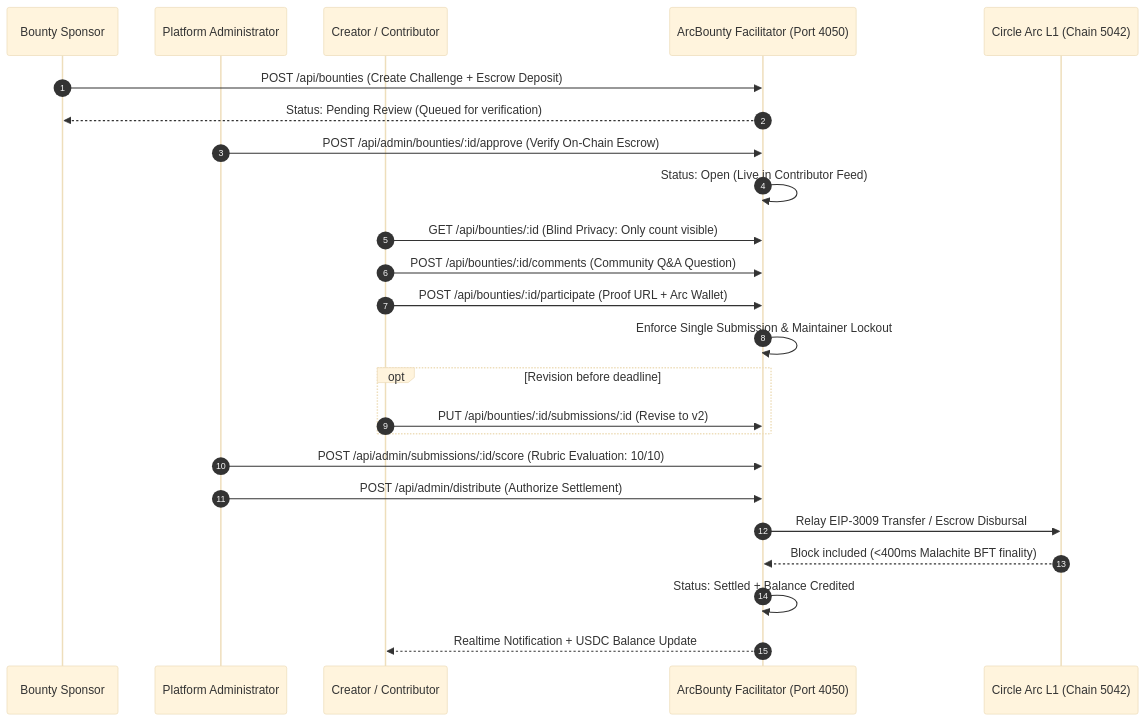
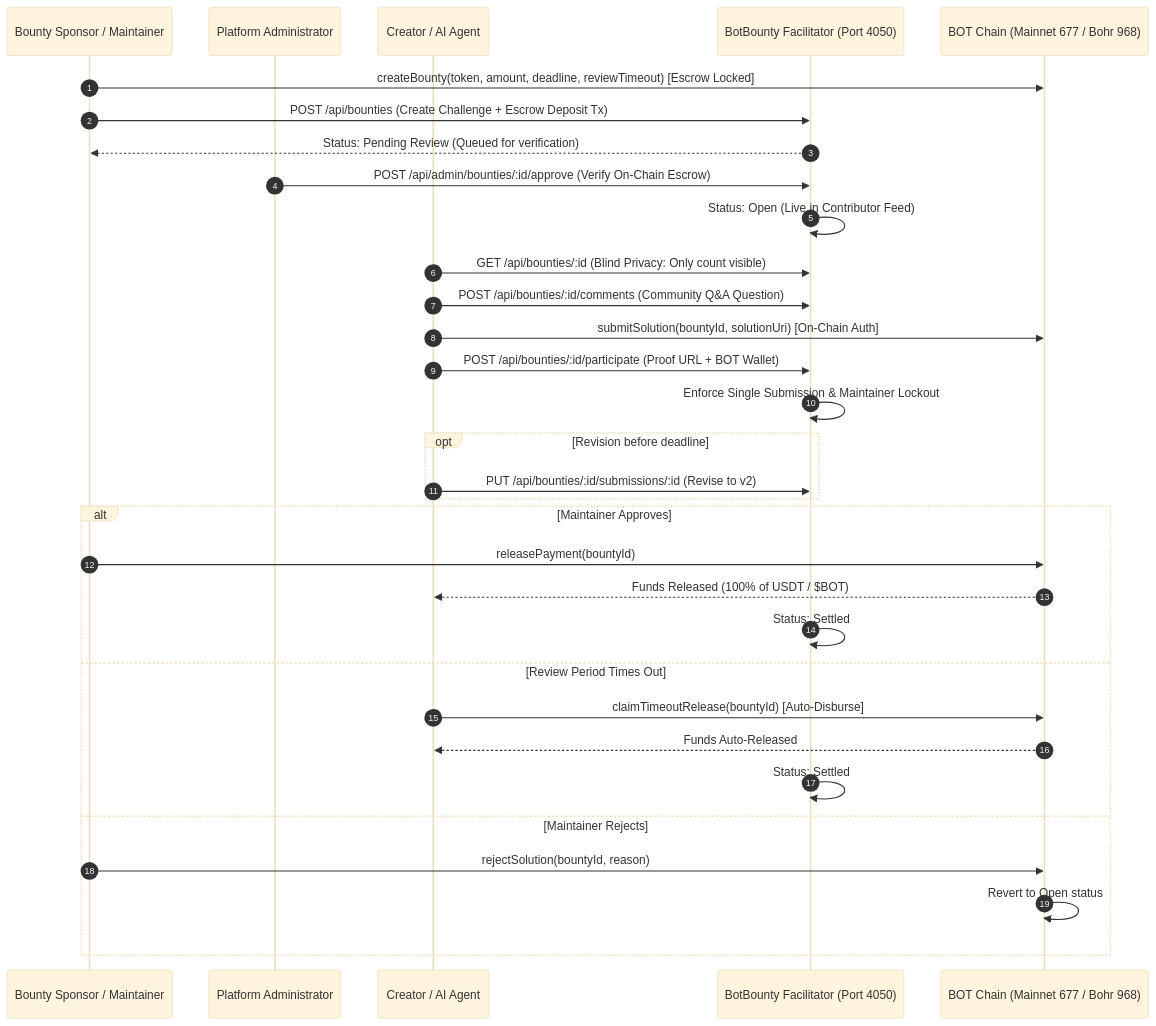
One commit to Blackwrld04/BOTBOUNTY changed the first of 2 diagrams in README.md. Above: the diagram before and after it, drawn with Mermaid (base theme). The commit also changed other lines of this file and 4 other files, not shown here.

Commit message:
docs: rebrand README, whitepaper, and documentation for BotBounty on BOT Chain

````diff
--- a/README.md
+++ b/README.md
@@ -95,30 +97,38 @@
 ```mermaid
 sequenceDiagram
     autonumber
-    participant Sponsor as Bounty Sponsor
+    participant Sponsor as Bounty Sponsor / Maintainer
     participant Admin as Platform Administrator
-    participant Contributor as Creator / Contributor
-    participant Facilitator as ArcBounty Facilitator (Port 4050)
-    participant Arc as Circle Arc L1 (Chain 5042)
+    participant Contributor as Creator / AI Agent
+    participant Facilitator as BotBounty Facilitator (Port 4050)
+    participant BOT as BOT Chain (Mainnet 677 / Bohr 968)
 
-    Sponsor->>Facilitator: POST /api/bounties (Create Challenge + Escrow Deposit)
+    Sponsor->>BOT: createBounty(token, amount, deadline, reviewTimeout) [Escrow Locked]
+    Sponsor->>Facilitator: POST /api/bounties (Create Challenge + Escrow Deposit Tx)
     Facilitator-->>Sponsor: Status: Pending Review (Queued for verification)
     Admin->>Facilitator: POST /api/admin/bounties/:id/approve (Verify On-Chain Escrow)
     Facilitator->>Facilitator: Status: Open (Live in Contributor Feed)
 
     Contributor->>Facilitator: GET /api/bounties/:id (Blind Privacy: Only count visible)
     Contributor->>Facilitator: POST /api/bounties/:id/comments (Community Q&A Question)
-    Contributor->>Facilitator: POST /api/bounties/:id/participate (Proof URL + Arc Wallet)
+    Contributor->>BOT: submitSolution(bountyId, solutionUri) [On-Chain Auth]
+    Contributor->>Facilitator: POST /api/bounties/:id/participate (Proof URL + BOT Wallet)
     Facilitator->>Facilitator: Enforce Single Submission & Maintainer Lockout
 
     opt Revision before deadline
         Contributor->>Facilitator: PUT /api/bounties/:id/submissions/:id (Revise to v2)
     end
 
-    Admin->>Facilitator: POST /api/admin/submissions/:id/score (Rubric Evaluation: 10/10)
-    Admin->>Facilitator: POST /api/admin/distribute (Authorize Settlement)
-    Facilitator->>Arc: Relay EIP-3009 Transfer / Escrow Disbursal
-    Arc-->>Facilitator: Block included (<400ms Malachite BFT finality)
-    Facilitator->>Facilitator: Status: Settled + Balance Credited
-    Facilitator-->>Contributor: Realtime Notification + USDC Balance Update
+    alt Maintainer Approves
+        Sponsor->>BOT: releasePayment(bountyId)
+        BOT-->>Contributor: Funds Released (100% of USDT / $BOT)
+        Facilitator->>Facilitator: Status: Settled
+    else Review Period Times Out
+        Contributor->>BOT: claimTimeoutRelease(bountyId) [Auto-Disburse]
+        BOT-->>Contributor: Funds Auto-Released
+        Facilitator->>Facilitator: Status: Settled
+    else Maintainer Rejects
+        Sponsor->>BOT: rejectSolution(bountyId, reason)
+        BOT->>BOT: Revert to Open status
+    end
 ```
````
